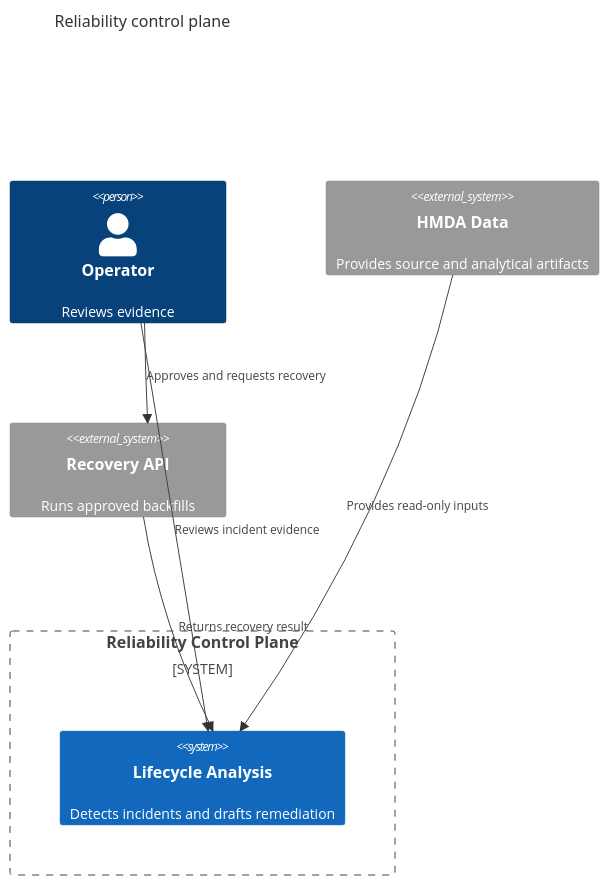
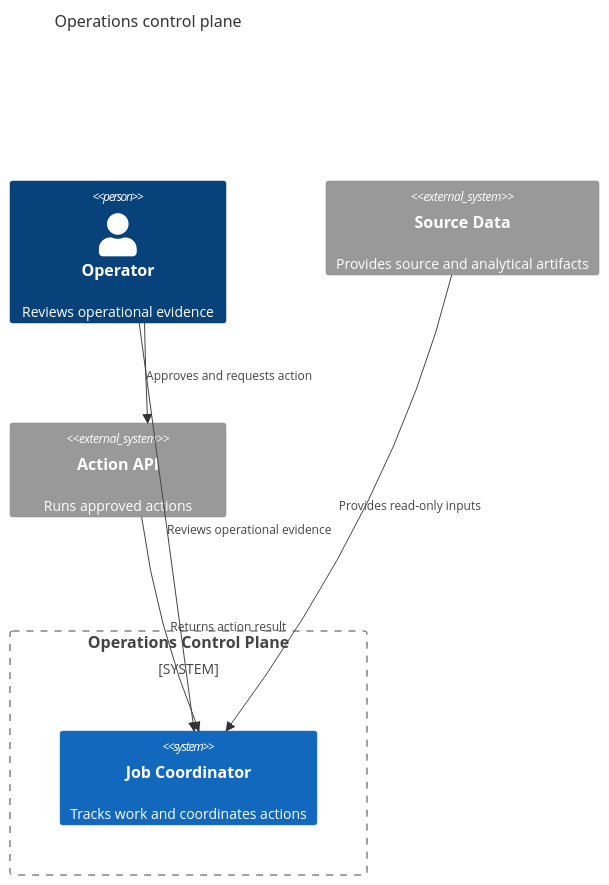
Before and after one commit to mols3131d/mols-agent-assets: the third of 6 diagrams in src/rulesync/.rulesync/skills/mols-mermaid-diagram/references/examples/c4-context.md, drawn with Mermaid. The commit also changed other lines of this file and 7 other files, not shown here.

First line of the commit message:
fix: Mermaid diagram 스킬 책임 경계 개선 (#162)

````diff
--- a/src/rulesync/.rulesync/skills/mols-mermaid-diagram/references/examples/c4-context.md
+++ b/src/rulesync/.rulesync/skills/mols-mermaid-diagram/references/examples/c4-context.md
@@ -39,15 +39,15 @@
 ```mermaid
 C4Context
-    title Reliability control plane
-    Person(operator, "Operator", "Reviews evidence")
-    System_Boundary(control_plane, "Reliability Control Plane") {
-        System(lifecycle, "Lifecycle Analysis", "Detects incidents and drafts remediation")
+    title Operations control plane
+    Person(operator, "Operator", "Reviews operational evidence")
+    System_Boundary(control_plane, "Operations Control Plane") {
+        System(coordinator, "Job Coordinator", "Tracks work and coordinates actions")
     }
-    System_Ext(data, "HMDA Data", "Provides source and analytical artifacts")
-    System_Ext(recovery, "Recovery API", "Runs approved backfills")
+    System_Ext(data, "Source Data", "Provides source and analytical artifacts")
+    System_Ext(action_api, "Action API", "Runs approved actions")
 
-    Rel(operator, lifecycle, "Reviews incident evidence")
-    Rel(data, lifecycle, "Provides read-only inputs")
-    Rel(operator, recovery, "Approves and requests recovery")
-    Rel(recovery, lifecycle, "Returns recovery result")
+    Rel(operator, coordinator, "Reviews operational evidence")
+    Rel(data, coordinator, "Provides read-only inputs")
+    Rel(operator, action_api, "Approves and requests action")
+    Rel(action_api, coordinator, "Returns action result")
 ```
````
